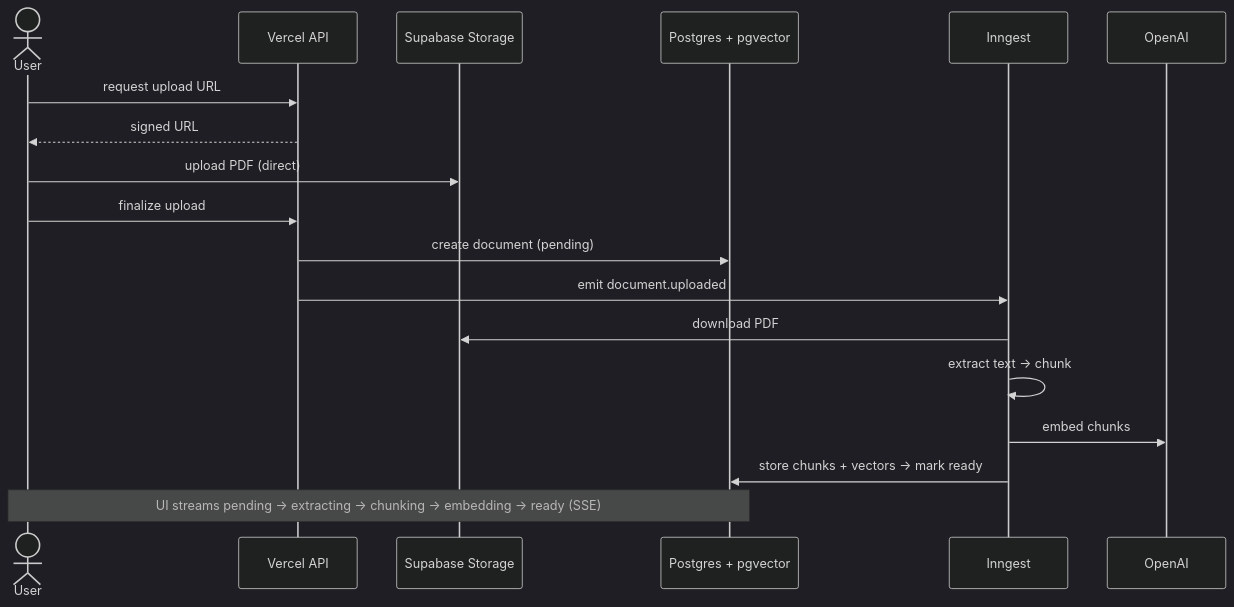
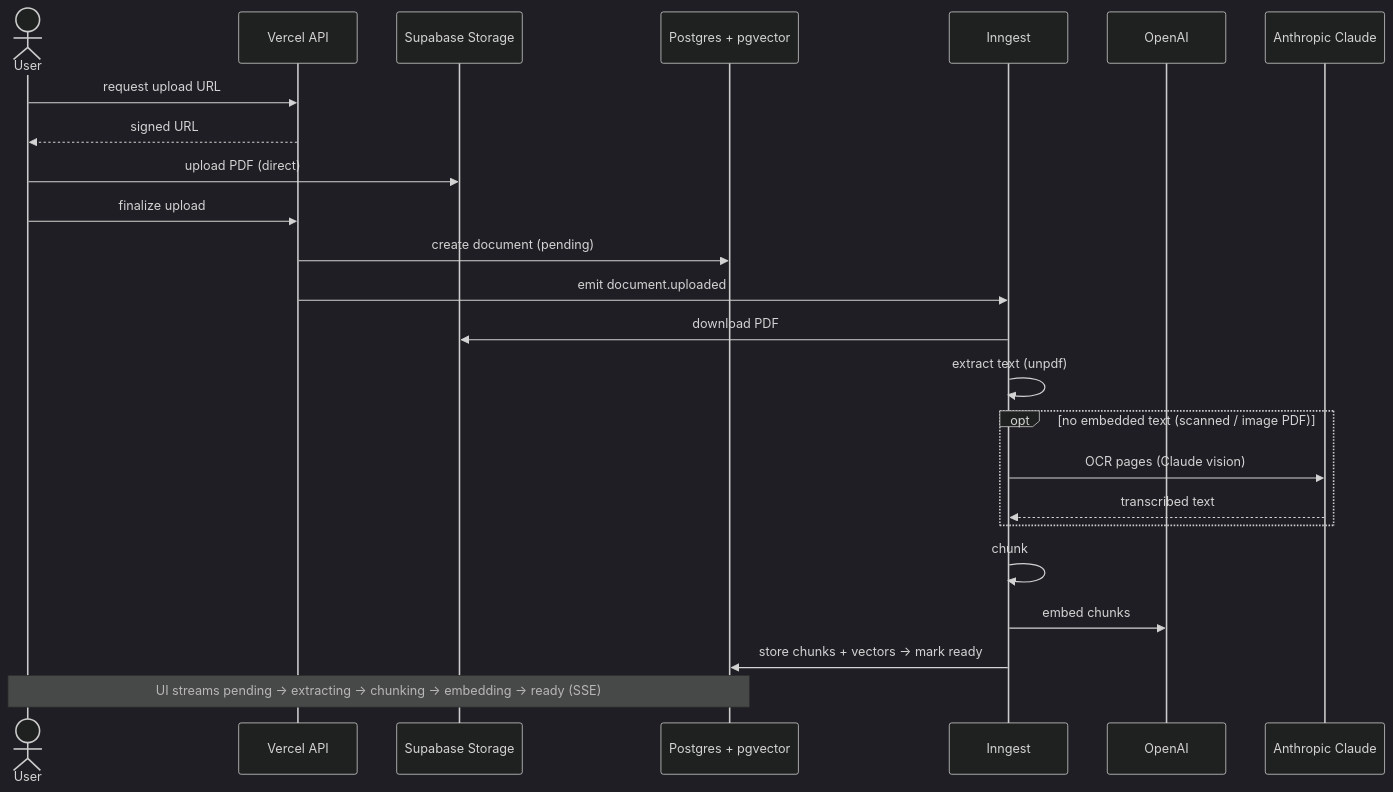
The second of 3 diagrams in README.md (chrisbarreras/document-chat), drawn with Mermaid (dark theme) before and after one commit. The commit also changed other lines of this file and 12 other files, not shown here.

First line of the commit message:
feat(ingest): OCR fallback for scanned PDFs (Claude vision, swappable)

````diff
--- a/README.md
+++ b/README.md
@@ -103,21 +109,27 @@
 ```mermaid
 sequenceDiagram
   actor U as User
   participant API as Vercel API
   participant ST as Supabase Storage
   participant DB as Postgres + pgvector
   participant IN as Inngest
   participant OA as OpenAI
+  participant CL as Anthropic Claude
 
   U->>API: request upload URL
   API-->>U: signed URL
   U->>ST: upload PDF (direct)
   U->>API: finalize upload
   API->>DB: create document (pending)
   API->>IN: emit document.uploaded
   IN->>ST: download PDF
-  IN->>IN: extract text → chunk
+  IN->>IN: extract text (unpdf)
+  opt no embedded text (scanned / image PDF)
+    IN->>CL: OCR pages (Claude vision)
+    CL-->>IN: transcribed text
+  end
+  IN->>IN: chunk
   IN->>OA: embed chunks
   IN->>DB: store chunks + vectors → mark ready
   Note over U,DB: UI streams pending → extracting → chunking → embedding → ready (SSE)
 ```
````
